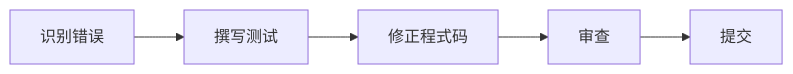
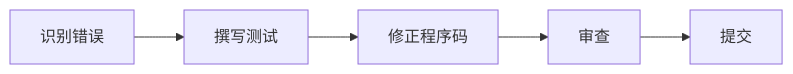
One commit to AsiaOstrich/universal-dev-standards changed the second of 3 diagrams in locales/zh-CN/skills/INTEGRATION-GUIDE.md. Above: the diagram before and after it, drawn with Mermaid. The commit also changed other lines of this file and 131 other files, not shown here.

````diff
--- a/locales/zh-CN/skills/INTEGRATION-GUIDE.md
+++ b/locales/zh-CN/skills/INTEGRATION-GUIDE.md
@@ -60,7 +60,7 @@
 ```mermaid
 graph LR
     A[识别错误] --> B[撰写测试]
-    B --> C[修正程式码]
+    B --> C[修正程序码]
     C --> D[审查]
     D --> E[提交]
 ```
````
